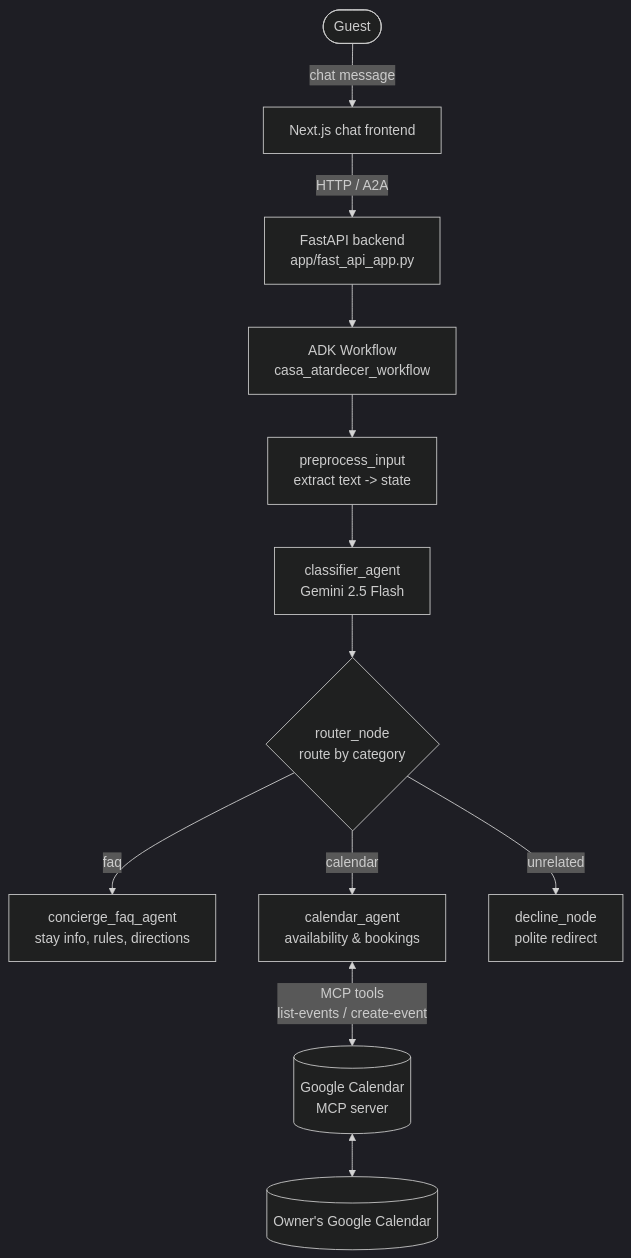
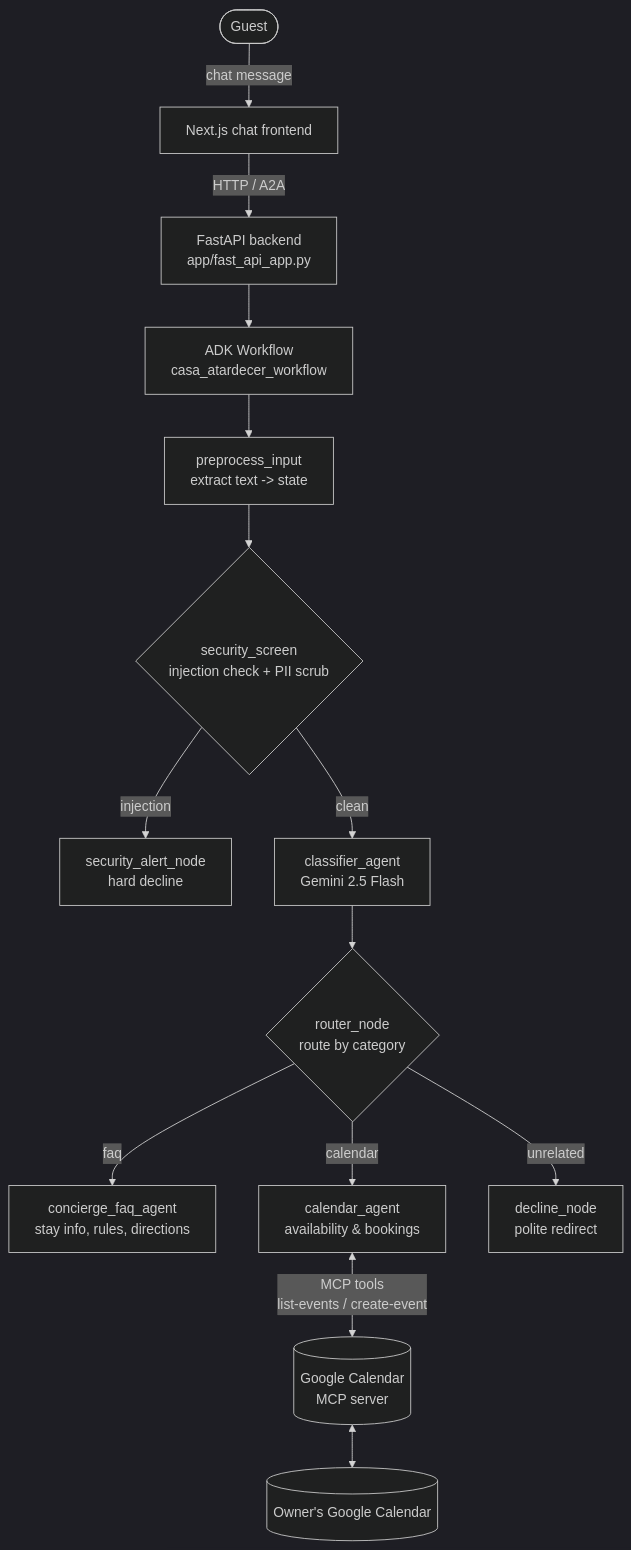
One commit to Battousai0508/casa-atardecer-concierge changed the diagram in README.md. Above: the diagram before and after it, drawn with Mermaid (dark theme). The commit also changed other lines of this file and 1 other file, not shown here.

````diff
--- a/README.md
+++ b/README.md
@@ -52,17 +52,19 @@
 ```mermaid
 flowchart TD
     G([Guest]) -->|chat message| FE[Next.js chat frontend]
     FE -->|HTTP / A2A| API[FastAPI backend<br/>app/fast_api_app.py]
     API --> WF[ADK Workflow<br/>casa_atardecer_workflow]
 
     WF --> PRE[preprocess_input<br/>extract text -> state]
-    PRE --> CLS[classifier_agent<br/>Gemini 2.5 Flash]
+    PRE --> SEC{security_screen<br/>injection check + PII scrub}
+    SEC -->|injection| ALERT[security_alert_node<br/>hard decline]
+    SEC -->|clean| CLS[classifier_agent<br/>Gemini 2.5 Flash]
     CLS --> RT{router_node<br/>route by category}
 
     RT -->|faq| FAQ[concierge_faq_agent<br/>stay info, rules, directions]
     RT -->|calendar| CAL[calendar_agent<br/>availability & bookings]
     RT -->|unrelated| DEC[decline_node<br/>polite redirect]
 
     CAL <-->|MCP tools<br/>list-events / create-event| MCP[(Google Calendar<br/>MCP server)]
     MCP <--> GCAL[(Owner's Google Calendar)]
 ```
````
